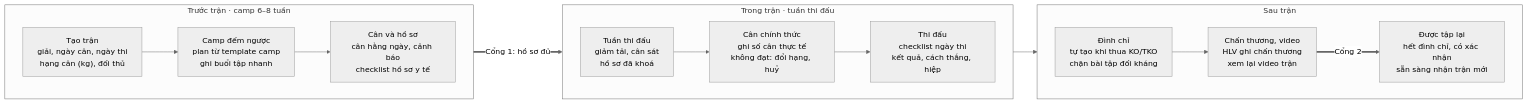
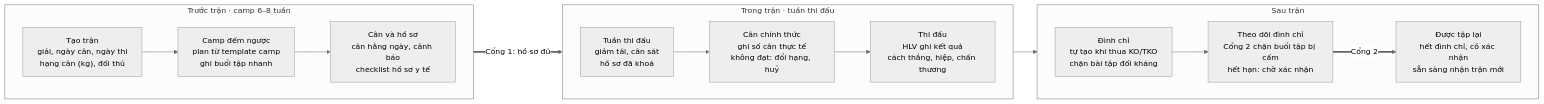
Before and after one commit to Dannguyen04/MMA-TMS: the first of 2 diagrams in docs/SCOPE-FIGHT-CAMP.md, drawn with Mermaid (neutral theme). The commit also changed other lines of this file and 2 other files, not shown here.

First line of the commit message:
docs: finalize scope and clarify before/during/after-bout flows

````diff
--- a/docs/SCOPE-FIGHT-CAMP.md
+++ b/docs/SCOPE-FIGHT-CAMP.md
@@ -59,17 +60,17 @@
 ```mermaid
 flowchart LR
     subgraph truoc["Trước trận · camp 6–8 tuần"]
         direction LR
         A["Tạo trận<br/>giải, ngày cân, ngày thi<br/>hạng cân (kg), đối thủ"] --> B["Camp đếm ngược<br/>plan từ template camp<br/>ghi buổi tập nhanh"] --> C["Cân và hồ sơ<br/>cân hằng ngày, cảnh báo<br/>checklist hồ sơ y tế"]
     end
     subgraph trong["Trong trận · tuần thi đấu"]
         direction LR
-        D["Tuần thi đấu<br/>giảm tải, cân sát<br/>hồ sơ đã khoá"] --> E["Cân chính thức<br/>ghi số cân thực tế<br/>không đạt: đổi hạng, huỷ"] --> F["Thi đấu<br/>checklist ngày thi<br/>kết quả, cách thắng, hiệp"]
+        D["Tuần thi đấu<br/>giảm tải, cân sát<br/>hồ sơ đã khoá"] --> E["Cân chính thức<br/>ghi số cân thực tế<br/>không đạt: đổi hạng, huỷ"] --> F["Thi đấu<br/>HLV ghi kết quả<br/>cách thắng, hiệp, chấn thương"]
     end
     subgraph sau["Sau trận"]
         direction LR
-        G["Đình chỉ<br/>tự tạo khi thua KO/TKO<br/>chặn bài tập đối kháng"] --> H["Chấn thương, video<br/>HLV ghi chấn thương<br/>xem lại video trận"] ==>|"Cổng 2"| I["Được tập lại<br/>hết đình chỉ, có xác nhận<br/>sẵn sàng nhận trận mới"]
+        G["Đình chỉ<br/>tự tạo khi thua KO/TKO<br/>chặn bài tập đối kháng"] --> H["Theo dõi đình chỉ<br/>Cổng 2 chặn buổi tập bị cấm<br/>hết hạn: chờ xác nhận"] ==>|"Cổng 2"| I["Được tập lại<br/>hết đình chỉ, có xác nhận<br/>sẵn sàng nhận trận mới"]
     end
     C ==>|"Cổng 1: hồ sơ đủ"| D
     F --> G
 ```
````
